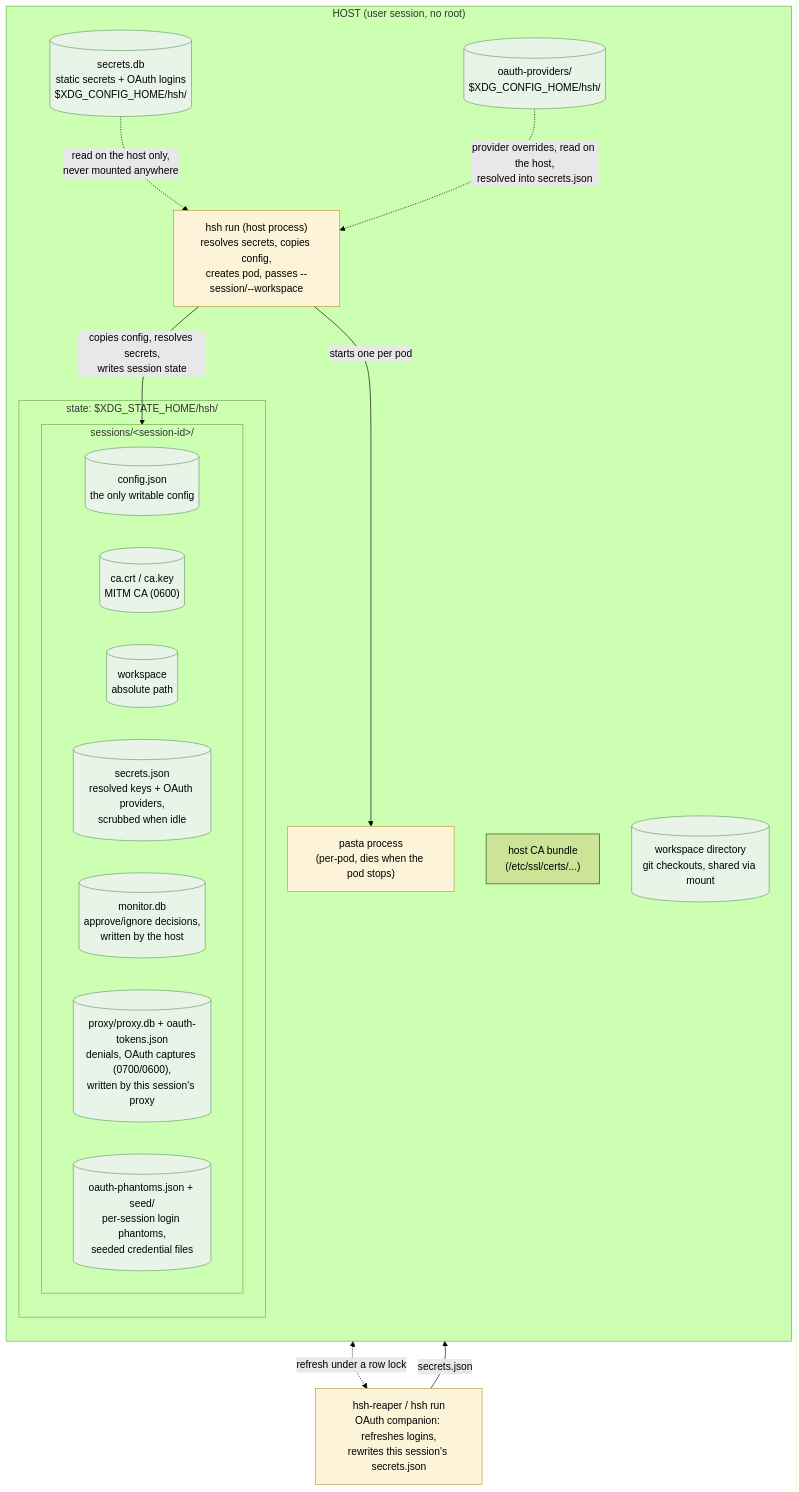
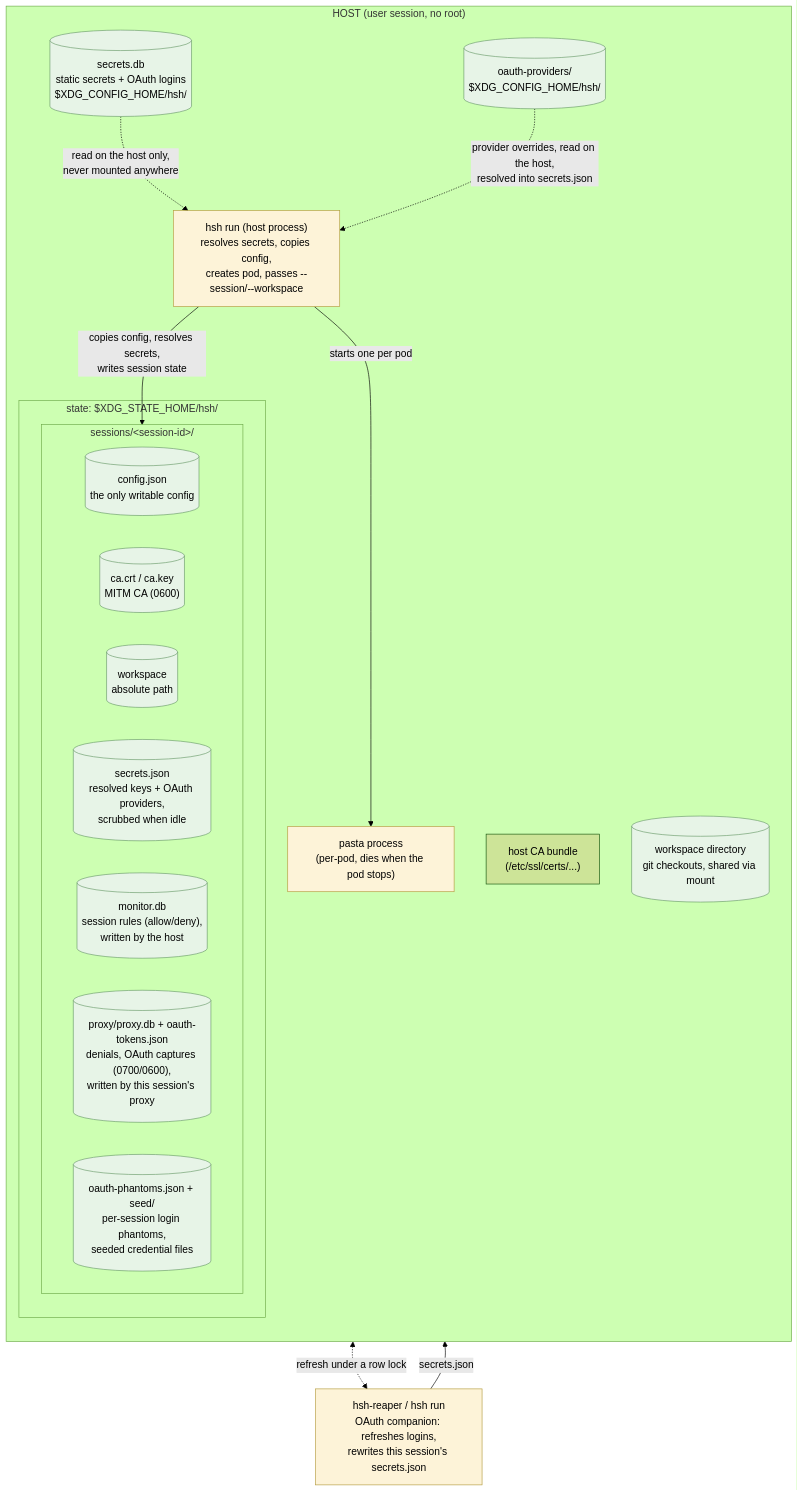
Before and after one commit to philips/hsh: the first of 3 diagrams in internal-docs/architecture.md, drawn with Mermaid (forest theme). The commit also changed other lines of this file and 37 other files, not shown here.

First line of the commit message:
network rules: session allow/deny rules in monitor.db; monitor deny replaces ignore (0045 phase 1)

````diff
--- a/internal-docs/architecture.md
+++ b/internal-docs/architecture.md
@@ -46,37 +46,37 @@
 ```mermaid
 flowchart TB
     classDef proc fill:#fdf3d8,stroke:#b59b3e
     classDef file fill:#e7f4e7,stroke:#6a9a6a
 
     subgraph HOST["HOST (user session, no root)"]
         direction TB
         hshrun["hsh run (host process)<br/>resolves secrets, copies config,<br/>creates pod, passes --session/--workspace"]
         pasta["pasta process<br/>(per-pod, dies when the pod stops)"]
         subgraph STATE["state: $XDG_STATE_HOME/hsh/"]
             subgraph SESDIR["sessions/&lt;session-id&gt;/"]
                 cfgcopy[("config.json<br/>the only writable config")]
                 cafiles[("ca.crt / ca.key<br/>MITM CA (0600)")]
                 wsfile[("workspace<br/>absolute path")]
                 secretsjson[("secrets.json<br/>resolved keys + OAuth providers,<br/>scrubbed when idle")]
-                decisions[("monitor.db<br/>approve/ignore decisions,<br/>written by the host")]
+                decisions[("monitor.db<br/>session rules (allow/deny),<br/>written by the host")]
                 proxydir[("proxy/proxy.db + oauth-tokens.json<br/>denials, OAuth captures (0700/0600),<br/>written by this session's proxy")]
                 oauthph[("oauth-phantoms.json + seed/<br/>per-session login phantoms,<br/>seeded credential files")]
             end
         end
         secretstore[("secrets.db<br/>static secrets + OAuth logins<br/>$XDG_CONFIG_HOME/hsh/")]
         oauthprov[("oauth-providers/<br/>$XDG_CONFIG_HOME/hsh/")]
         caBundle["host CA bundle<br/>(/etc/ssl/certs/...)"]
         wsdir[("workspace directory<br/>git checkouts, shared via mount")]
     end
 
     hshrun -->|"starts one per pod"| pasta
     secretstore -.->|"read on the host only,<br/>never mounted anywhere"| hshrun
     reaper["hsh-reaper / hsh run<br/>OAuth companion: refreshes logins,<br/>rewrites this session's secrets.json"]
     secretstore <-.->|"refresh under a row lock"| reaper
     reaper -->|"secrets.json"| SESDIR
     oauthprov -.->|"provider overrides, read on the host,<br/>resolved into secrets.json"| hshrun
     hshrun -->|"copies config, resolves secrets,<br/>writes session state"| SESDIR
 
     class hshrun,pasta,reaper proc
     class cfgcopy,cafiles,wsfile,secretsjson,decisions,proxydir,oauthph,secretstore,oauthprov,wsdir file
 ```
````
